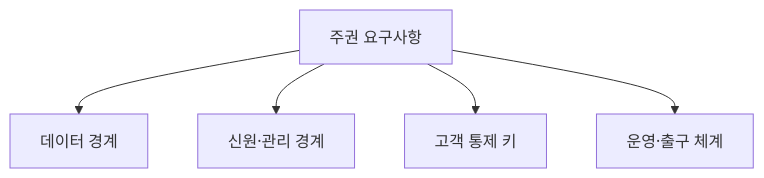
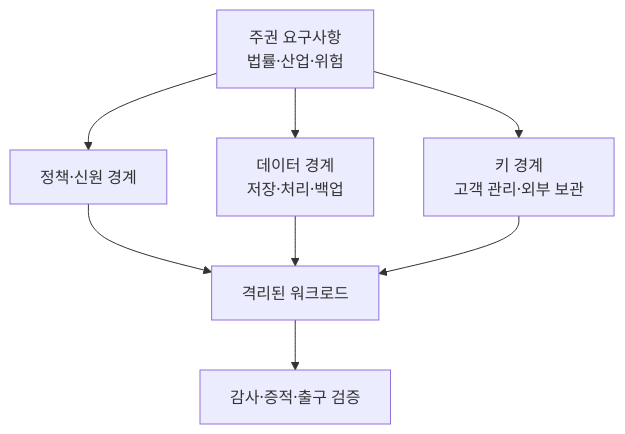
The first of 2 diagrams in src/content/docs/notes/03-software/168_sovereign_cloud.md (agnusdei1207/knowledge-base), drawn with Mermaid before and after one commit. The commit also changed other lines of this file and 20 other files, not shown here.

````diff
--- a/src/content/docs/notes/03-software/168_sovereign_cloud.md
+++ b/src/content/docs/notes/03-software/168_sovereign_cloud.md
@@ -52,7 +58,10 @@
 ```mermaid
 flowchart TD
-    A[주권 요구사항] --> B[데이터 경계]
-    A --> C[신원·관리 경계]
-    A --> D[고객 통제 키]
-    A --> E[운영·출구 체계]
+    R["주권 요구사항<br/>법률·산업·위험"] --> P["정책·신원 경계"]
+    R --> D["데이터 경계<br/>저장·처리·백업"]
+    R --> K["키 경계<br/>고객 관리·외부 보관"]
+    P --> W["격리된 워크로드"]
+    D --> W
+    K --> W
+    W --> A["감사·증적·출구 검증"]
 ```
````
